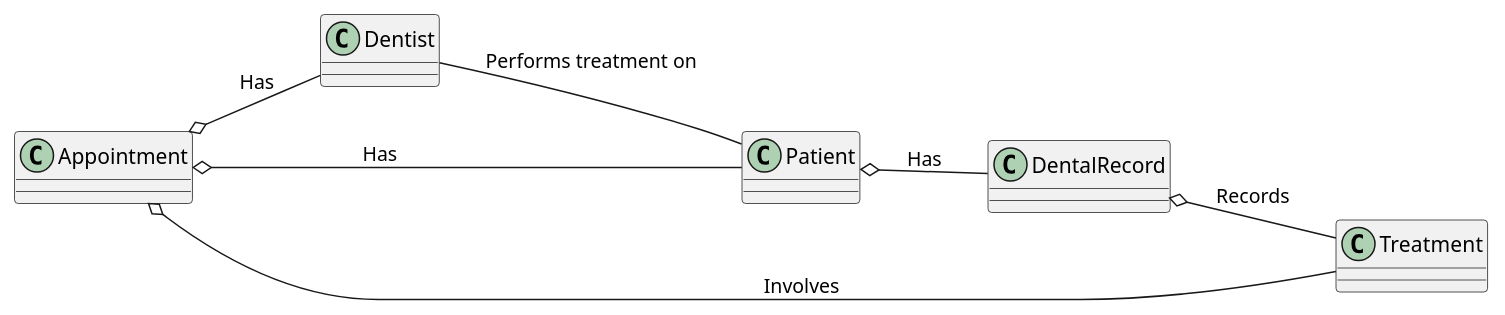
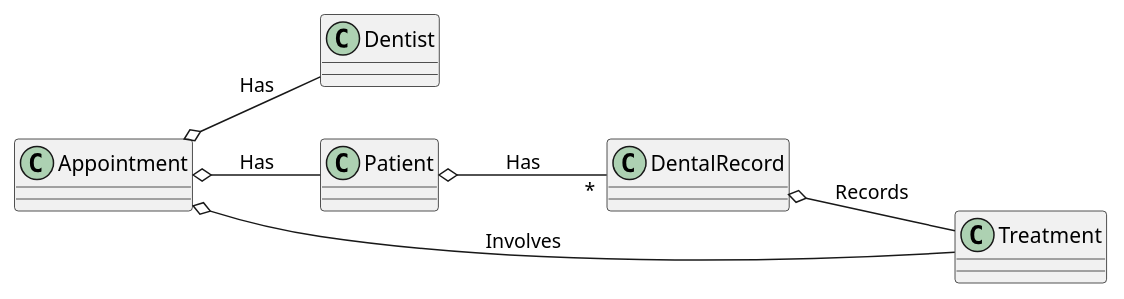
The third of 5 diagrams in slides.md (elenavanengelenmaslova/kotlin-object-oriented-programming), drawn with PlantUML before and after one commit. The commit also changed other lines of this file, not shown here.

Commit message:
fix diagrams

````diff
--- a/slides.md
+++ b/slides.md
@@ -252,25 +252,24 @@
 ```plantuml {scale: 1}
 @startuml
 
 left to right direction 
 
 class Appointment 
 
 class Dentist 
 
 class Patient 
 
 class DentalRecord 
 
 class Treatment 
 
 Appointment o-- Patient : Has
 Appointment o-- Dentist : Has
 Appointment o-- Treatment : Involves
-Dentist -- Patient : Performs treatment on
-Patient o-- DentalRecord : Has
+Patient o-- "*" DentalRecord : Has
 DentalRecord o-- Treatment : Records
 
 @enduml
 
 ```
````
